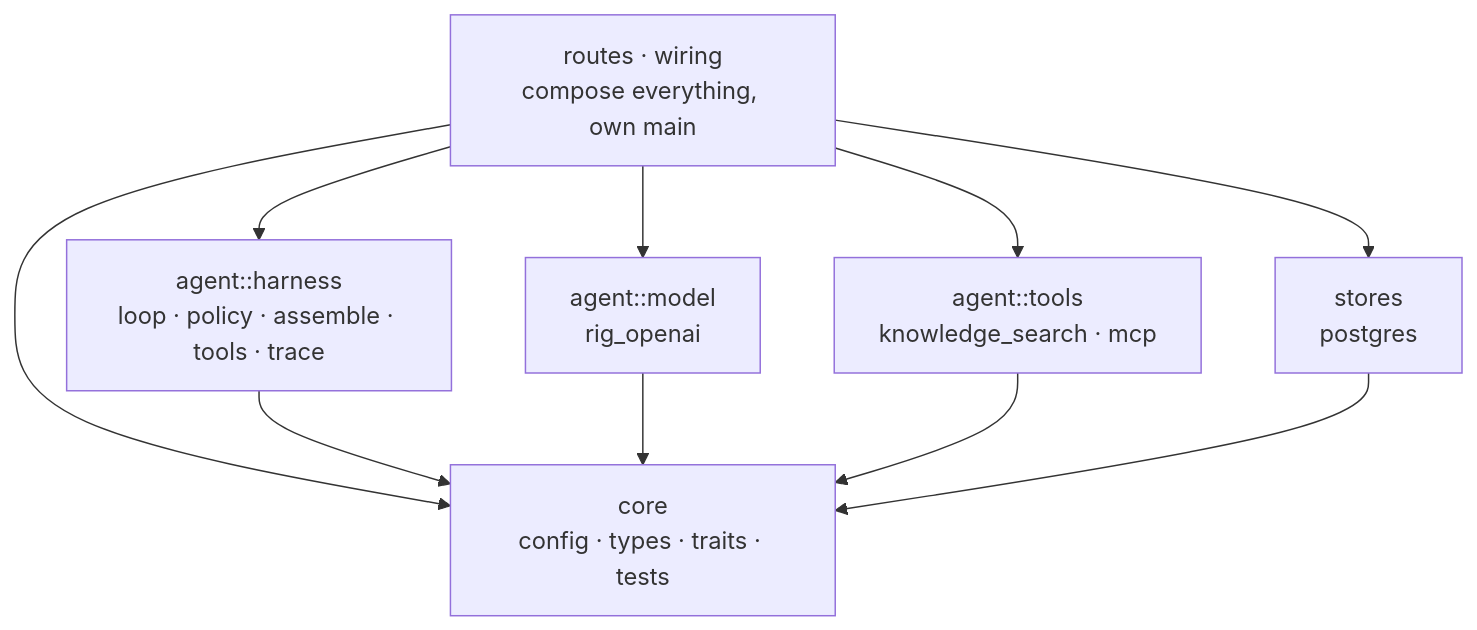
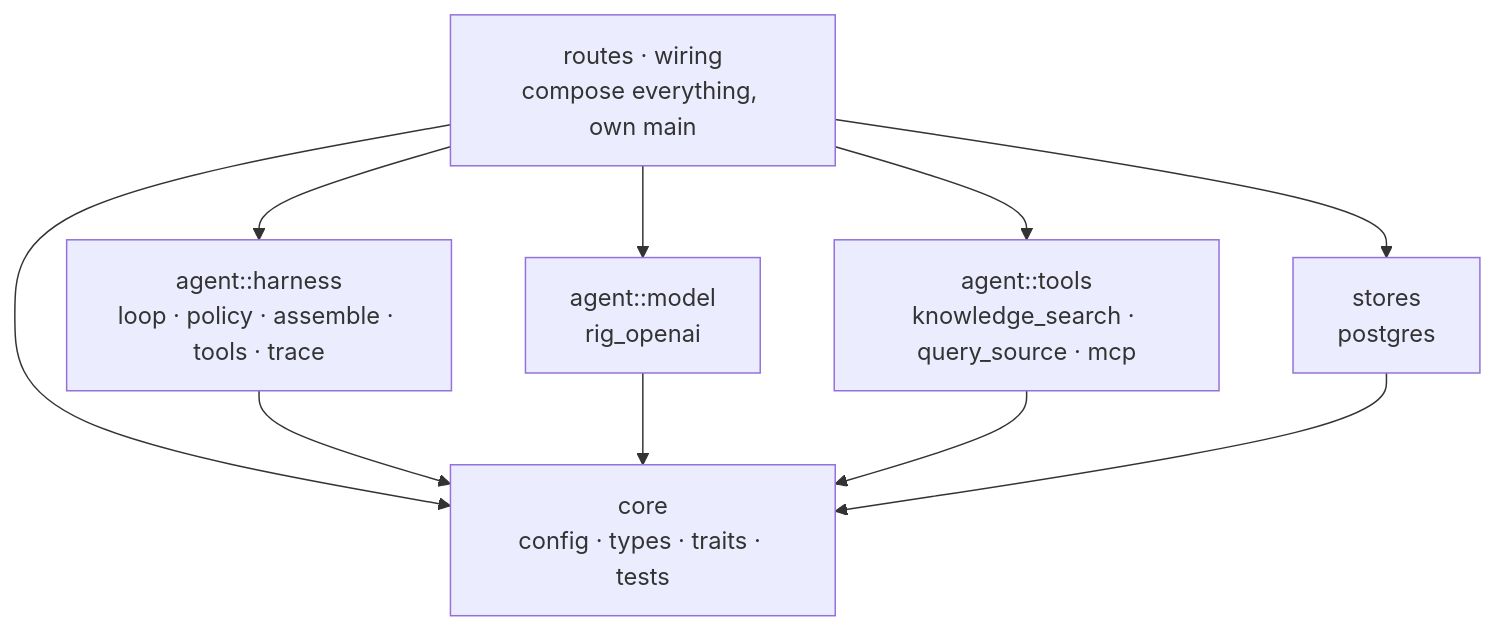
The second of 9 diagrams in docs/ARCHITECTURE.md (ashworks1706/SparkyAI), drawn with Mermaid before and after one commit. The commit also changed other lines of this file and 26 other files, not shown here.

First line of the commit message:
tools: add query_source for live parameterized lookups

````diff
--- a/docs/ARCHITECTURE.md
+++ b/docs/ARCHITECTURE.md
@@ -111,19 +111,19 @@
 ```mermaid
 flowchart TD
     ROUTES["routes · wiring<br/>compose everything, own main"]
     HARNESS["agent::harness<br/>loop · policy · assemble · tools · trace"]
     MODEL["agent::model<br/>rig_openai"]
-    TOOLS["agent::tools<br/>knowledge_search · mcp"]
+    TOOLS["agent::tools<br/>knowledge_search · query_source · mcp"]
     STORES["stores<br/>postgres"]
     CORE["core<br/>config · types · traits · tests"]
 
     ROUTES --> HARNESS
     ROUTES --> MODEL
     ROUTES --> TOOLS
     ROUTES --> STORES
     ROUTES --> CORE
     HARNESS --> CORE
     MODEL --> CORE
     TOOLS --> CORE
     STORES --> CORE
 ```
````
